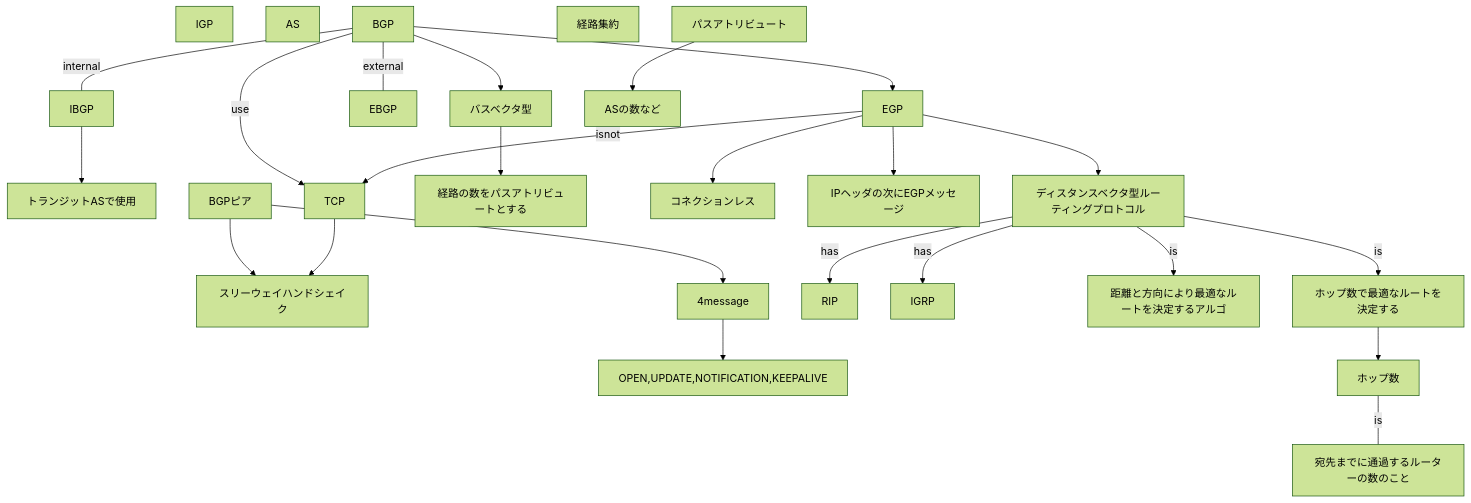
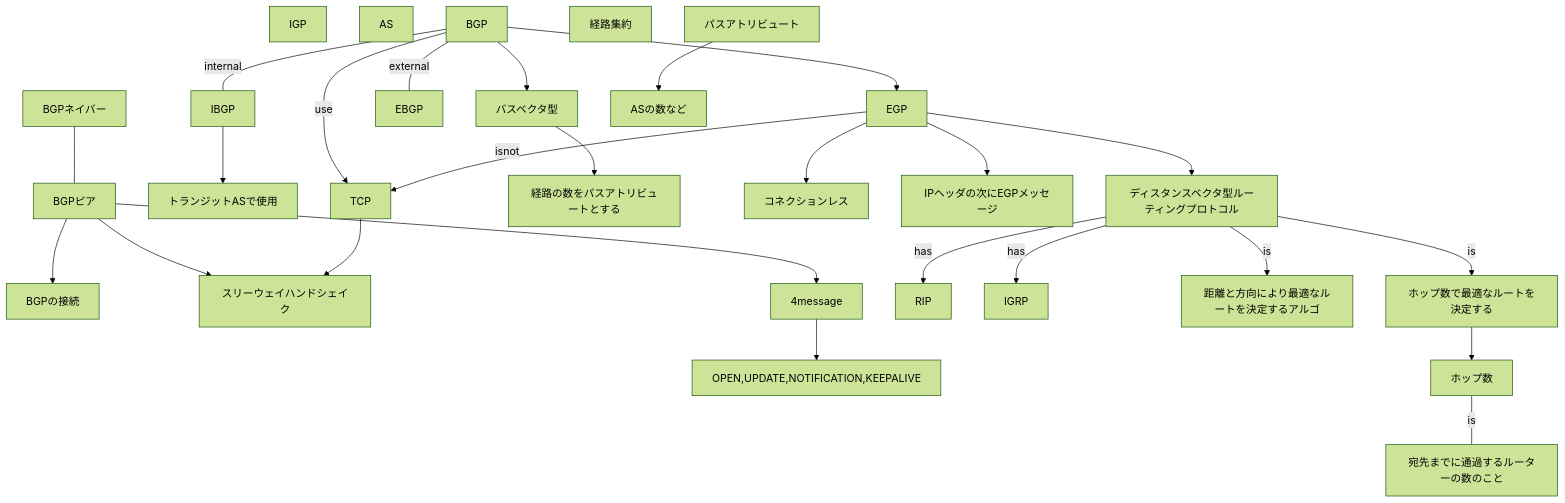
Before and after one commit to tetsu-sh/my-blog: the first of 2 diagrams in _posts/bgp.md, drawn with Mermaid (forest theme). The commit also changed 6 other files, not shown here.

````diff
--- a/_posts/bgp.md
+++ b/_posts/bgp.md
@@ -15,25 +15,27 @@
 ```mermaid
 flowchart TD;
     IGP;
     AS;
     BGP-->EGP;
+    BGPネイバー--- BGPピア
+    BGPピア-->BGPの接続
     BGP--internal---IBGP-->トランジットASで使用
     BGP--external---EBGP
     BGPピア-->スリーウェイハンドシェイク;
     BGPピア-->4message-->OPEN,UPDATE,NOTIFICATION,KEEPALIVE
     BGP--use-->TCP;
     TCP-->スリーウェイハンドシェイク
     経路集約
     BGP-->バスベクタ型-->経路の数をパスアトリビュートとする
     パスアトリビュート-->ASの数など
     EGP-->コネクションレス;
     EGP--isnot-->TCP;
     EGP-->IPヘッダの次にEGPメッセージ;
     EGP-->ディスタンスベクタ型ルーティングプロトコル;
     ディスタンスベクタ型ルーティングプロトコル--has-->RIP
     ディスタンスベクタ型ルーティングプロトコル--has-->IGRP
     ディスタンスベクタ型ルーティングプロトコル--is-->距離と方向により最適なルートを決定するアルゴ
     ディスタンスベクタ型ルーティングプロトコル--is-->ホップ数で最適なルートを決定する
     ホップ数で最適なルートを決定する-->ホップ数
     ホップ数--is---宛先までに通過するルーターの数のこと
 ```
````
